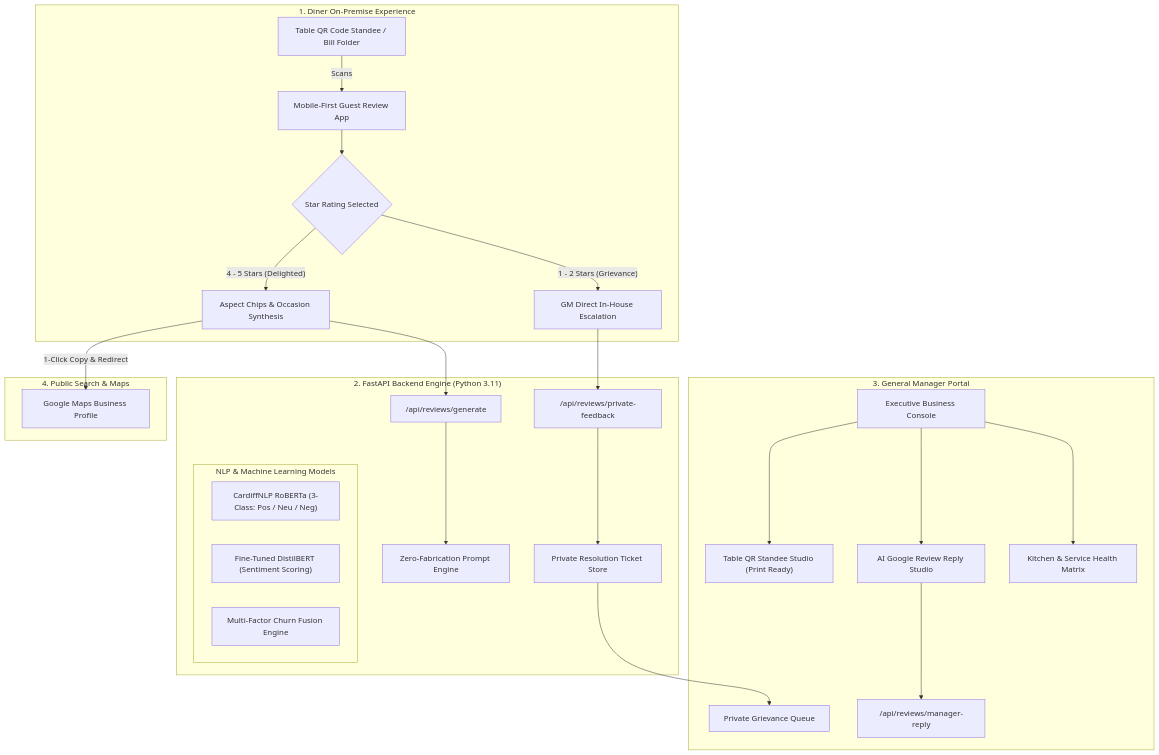
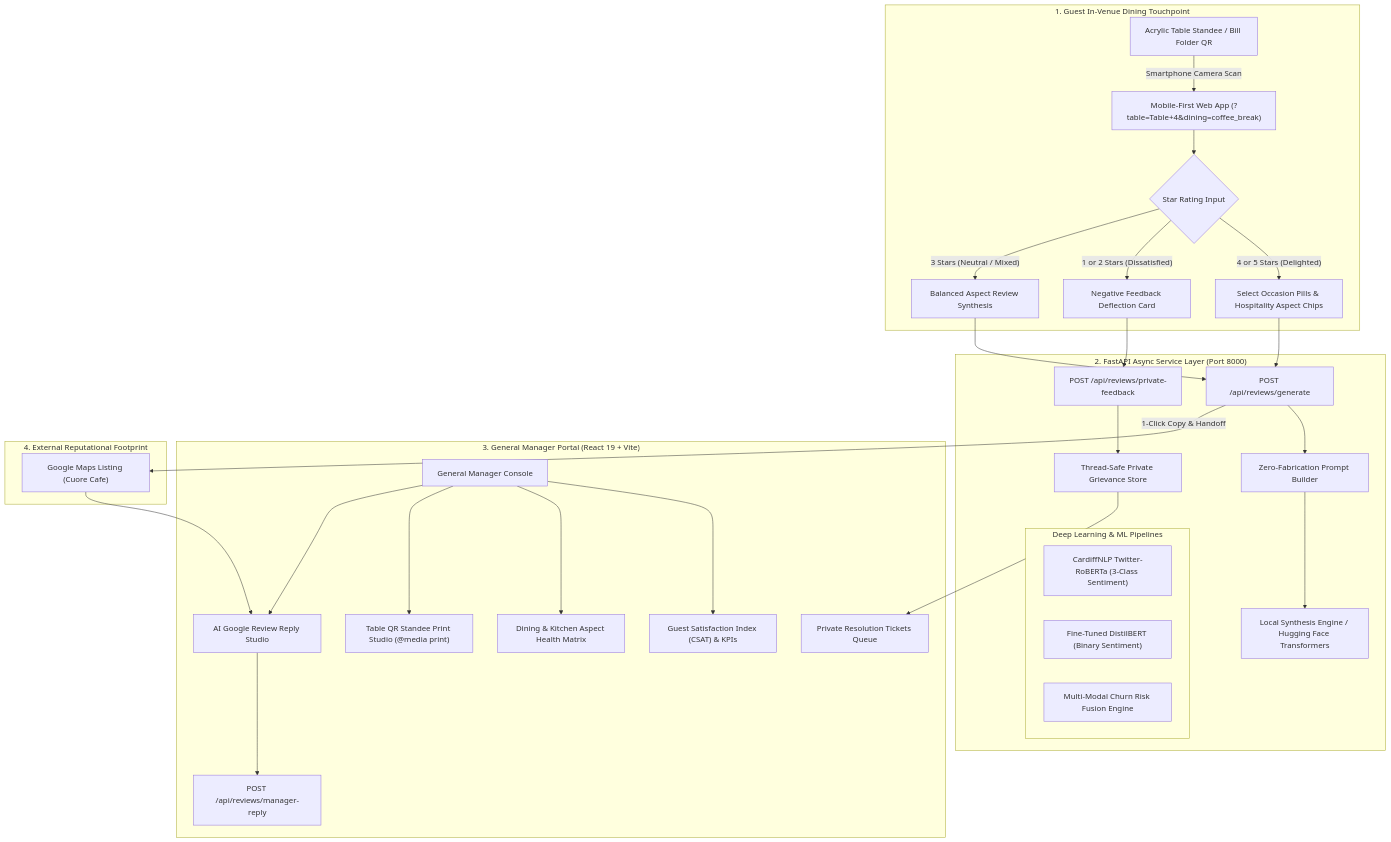
Before and after one commit to tkacha467/Customer_Churn_Predection_NLP: the diagram in docs/PRODUCT_SPECIFICATION.md, drawn with Mermaid. The commit also changed other lines of this file, not shown here.

Commit message:
docs: enrich master product specification with complete history from scratch to enterprise hospitality

````diff
--- a/docs/PRODUCT_SPECIFICATION.md
+++ b/docs/PRODUCT_SPECIFICATION.md
@@ -25,34 +123,43 @@
 ```mermaid
-graph TD
-    subgraph Diner Touchpoint ["1. Diner On-Premise Experience"]
-        QR["Table QR Code Standee / Bill Folder"] -->|Scans| WebApp["Mobile-First Guest Review App"]
-        WebApp --> Rating{"Star Rating Selected"}
-        Rating -->|"4 - 5 Stars (Delighted)"| SynthesisFlow["Aspect Chips & Occasion Synthesis"]
-        Rating -->|"1 - 2 Stars (Grievance)"| DeflectionFlow["GM Direct In-House Escalation"]
+flowchart TD
+    subgraph TableExperience ["1. Guest In-Venue Dining Touchpoint"]
+        TableStandee["Acrylic Table Standee / Bill Folder QR"] -->|Smartphone Camera Scan| GuestApp["Mobile-First Web App (?table=Table+4&dining=coffee_break)"]
+        GuestApp --> StarSelection{"Star Rating Input"}
+        
+        StarSelection -->|"4 or 5 Stars (Delighted)"| PositiveFlow["Select Occasion Pills & Hospitality Aspect Chips"]
+        StarSelection -->|"1 or 2 Stars (Dissatisfied)"| DeflectionFlow["Negative Feedback Deflection Card"]
+        StarSelection -->|"3 Stars (Neutral / Mixed)"| BalancedFlow["Balanced Aspect Review Synthesis"]
     end
 
-    subgraph Core Backend ["2. FastAPI Backend Engine (Python 3.11)"]
-        SynthesisFlow --> GeneratorAPI["/api/reviews/generate"]
-        DeflectionFlow --> TicketAPI["/api/reviews/private-feedback"]
-        GeneratorAPI --> ZeroFabEngine["Zero-Fabrication Prompt Engine"]
-        TicketAPI --> GMQueue["Private Resolution Ticket Store"]
+    subgraph BackendAPI ["2. FastAPI Async Service Layer (Port 8000)"]
+        PositiveFlow --> ReviewGenEndpoint["POST /api/reviews/generate"]
+        BalancedFlow --> ReviewGenEndpoint
+        DeflectionFlow --> PrivateTicketEndpoint["POST /api/reviews/private-feedback"]
         
-        subgraph NLP Pipelines ["NLP & Machine Learning Models"]
-            RoBERTa["CardiffNLP RoBERTa (3-Class: Pos / Neu / Neg)"]
-            DistilBERT["Fine-Tuned DistilBERT (Sentiment Scoring)"]
-            TabularEngine["Multi-Factor Churn Fusion Engine"]
+        ReviewGenEndpoint --> PromptEngine["Zero-Fabrication Prompt Builder"]
+        PromptEngine --> LocalNLP["Local Synthesis Engine / Hugging Face Transformers"]
+        
+        PrivateTicketEndpoint --> TicketStore["Thread-Safe Private Grievance Store"]
+        
+        subgraph DeepLearning ["Deep Learning & ML Pipelines"]
+            RoBERTa["CardiffNLP Twitter-RoBERTa (3-Class Sentiment)"]
+            DistilBERT["Fine-Tuned DistilBERT (Binary Sentiment)"]
+            FusionEngine["Multi-Modal Churn Risk Fusion Engine"]
         end
     end
 
-    subgraph Management Console ["3. General Manager Portal"]
-        GMQueue --> GMView["Private Grievance Queue"]
-        GMConsole["Executive Business Console"] --> StandeeStudio["Table QR Standee Studio (Print Ready)"]
+    subgraph ManagementConsole ["3. General Manager Portal (React 19 + Vite)"]
+        TicketStore --> GMQueue["Private Resolution Tickets Queue"]
+        GMConsole["General Manager Console"] --> CSATMetrics["Guest Satisfaction Index (CSAT) & KPIs"]
+        GMConsole --> AspectMatrix["Dining & Kitchen Aspect Health Matrix"]
+        GMConsole --> StandeeStudio["Table QR Standee Print Studio (@media print)"]
         GMConsole --> ReplyStudio["AI Google Review Reply Studio"]
-        GMConsole --> AspectMatrix["Kitchen & Service Health Matrix"]
-        ReplyStudio --> GMReplyAPI["/api/reviews/manager-reply"]
+        
+        ReplyStudio --> GMReplyAPI["POST /api/reviews/manager-reply"]
     end
 
-    subgraph Public Reputational Footprint ["4. Public Search & Maps"]
-        SynthesisFlow -->|1-Click Copy & Redirect| GoogleMaps["Google Maps Business Profile"]
+    subgraph PublicReputation ["4. External Reputational Footprint"]
+        ReviewGenEndpoint -->|1-Click Copy & Handoff| GoogleMaps["Google Maps Listing (Cuore Cafe)"]
+        GoogleMaps --> ReplyStudio
     end
 ```
````
